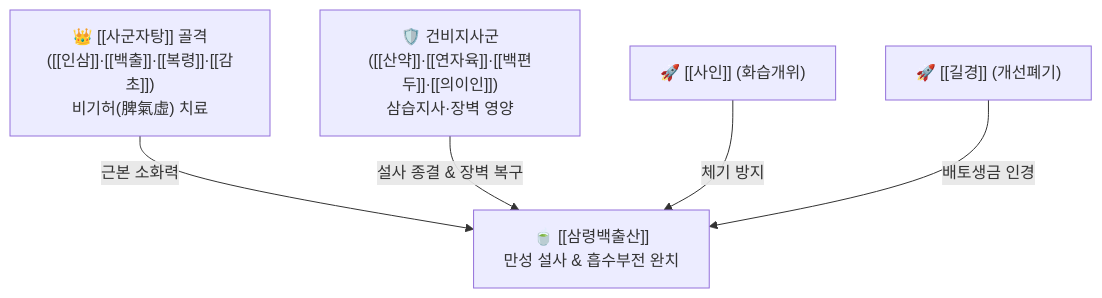
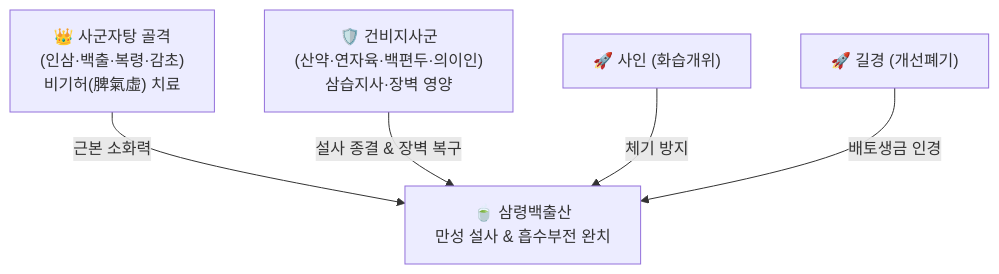
Before and after one commit to simbio11/simbio-digital-garden2: the diagram in content/2. 약리 공부/처방/02_보익제/삼령백출산.md, drawn with Mermaid. The commit also changed other lines of this file and 323 other files, not shown here.

````diff
--- a/content/2. 약리 공부/처방/02_보익제/삼령백출산.md
+++ b/content/2. 약리 공부/처방/02_보익제/삼령백출산.md
@@ -54,7 +56,7 @@
 ```mermaid
 graph TD
-    SJZ["👑 [[사군자탕]] 골격<br>([[인삼]]·[[백출]]·[[복령]]·[[감초]])<br>비기허(脾氣虛) 치료"] -->|근본 소화력| TOTAL["🍵 [[삼령백출산]]<br>만성 설사 & 흡수부전 완치"]
-    SYLZ["🛡️ 건비지사군<br>([[산약]]·[[연자육]]·[[백편두]]·[[의이인]])<br>삼습지사·장벽 영양"] -->|설사 종결 & 장벽 복구| TOTAL
-    XR["🚀 [[사인]] (화습개위)"] -->|체기 방지| TOTAL
-    GG["🚀 [[길경]] (개선폐기)"] -->|배토생금 인경| TOTAL
+    SJZ["👑 사군자탕 골격<br>(인삼·백출·복령·감초)<br>비기허(脾氣虛) 치료"] -->|근본 소화력| TOTAL["🍵 삼령백출산<br>만성 설사 & 흡수부전 완치"]
+    SYLZ["🛡️ 건비지사군<br>(산약·연자육·백편두·의이인)<br>삼습지사·장벽 영양"] -->|설사 종결 & 장벽 복구| TOTAL
+    XR["🚀 사인 (화습개위)"] -->|체기 방지| TOTAL
+    GG["🚀 길경 (개선폐기)"] -->|배토생금 인경| TOTAL
 ```
````
